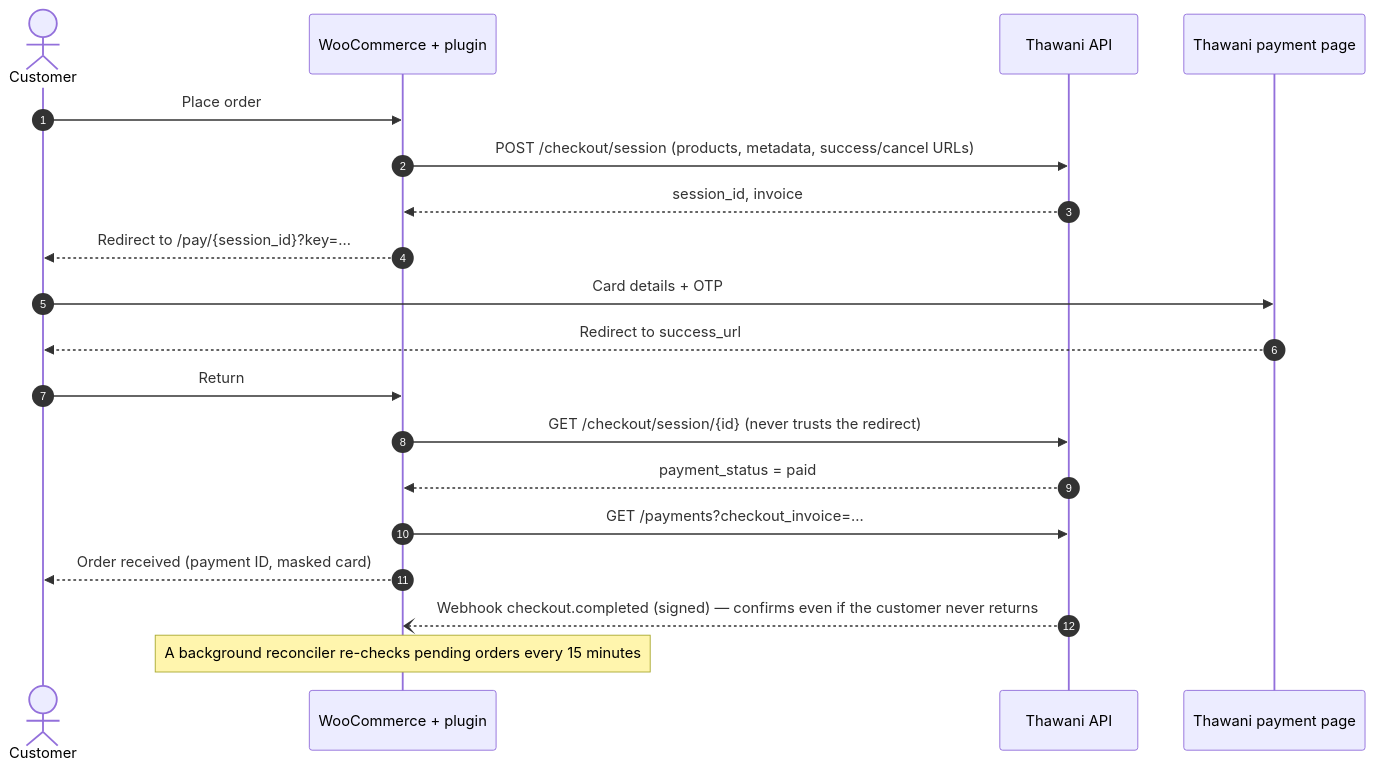
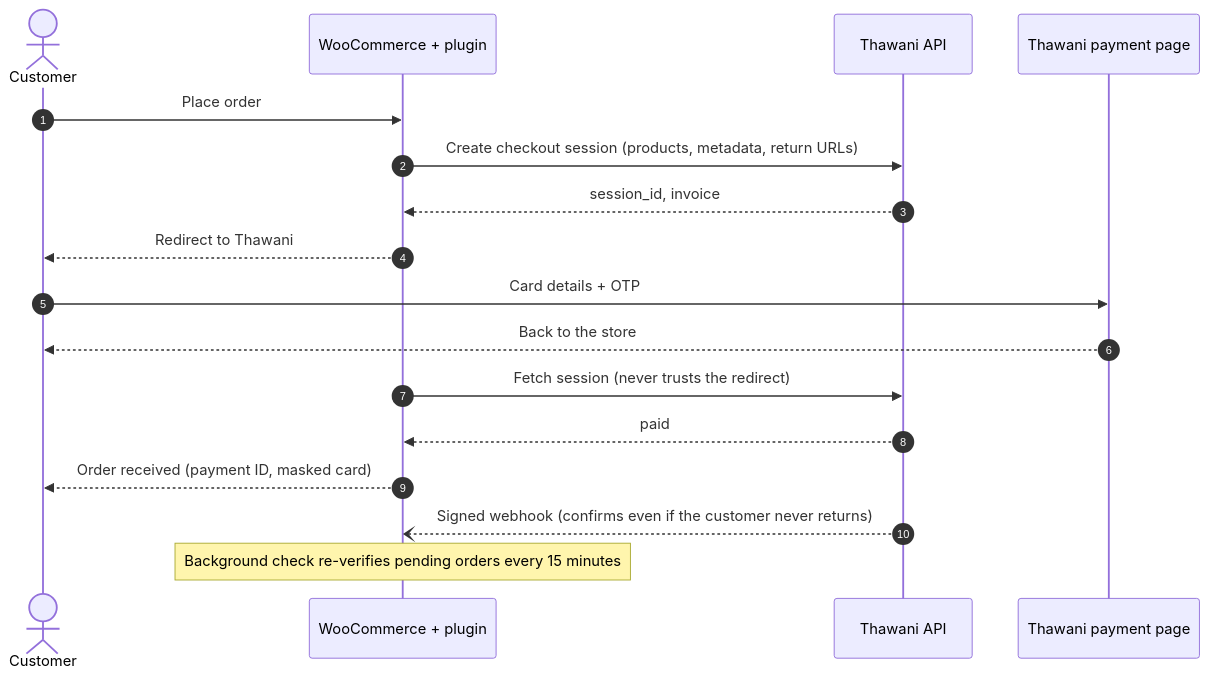
The diagram in README.md (afaq-innovation-ai/thawani-pay-for-woocommerce), drawn with Mermaid before and after one commit. The commit also changed other lines of this file and 48 other files, not shown here.

````diff
--- a/README.md
+++ b/README.md
@@ -76,22 +296,20 @@
 ```mermaid
 sequenceDiagram
     autonumber
     actor C as Customer
     participant W as WooCommerce + plugin
     participant T as Thawani API
     participant P as Thawani payment page
 
     C->>W: Place order
-    W->>T: POST /checkout/session (products, metadata, success/cancel URLs)
+    W->>T: Create checkout session (products, metadata, return URLs)
     T-->>W: session_id, invoice
-    W-->>C: Redirect to /pay/{session_id}?key=…
+    W-->>C: Redirect to Thawani
     C->>P: Card details + OTP
-    P-->>C: Redirect to success_url
-    C->>W: Return
-    W->>T: GET /checkout/session/{id}  (never trusts the redirect)
-    T-->>W: payment_status = paid
-    W->>T: GET /payments?checkout_invoice=…
+    P-->>C: Back to the store
+    W->>T: Fetch session (never trusts the redirect)
+    T-->>W: paid
     W-->>C: Order received (payment ID, masked card)
-    T--)W: Webhook checkout.completed (signed) — confirms even if the customer never returns
-    Note over W: A background reconciler re-checks pending orders every 15 minutes
+    T--)W: Signed webhook (confirms even if the customer never returns)
+    Note over W: Background check re-verifies pending orders every 15 minutes
 ```
````
